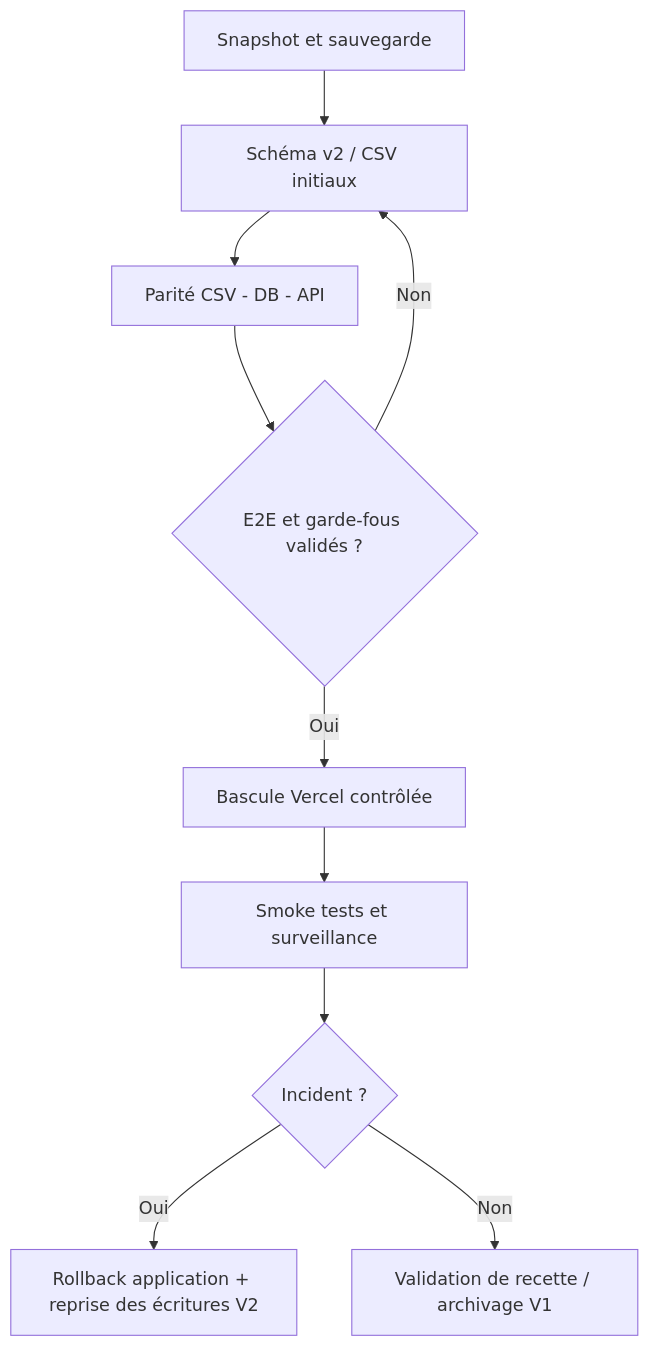
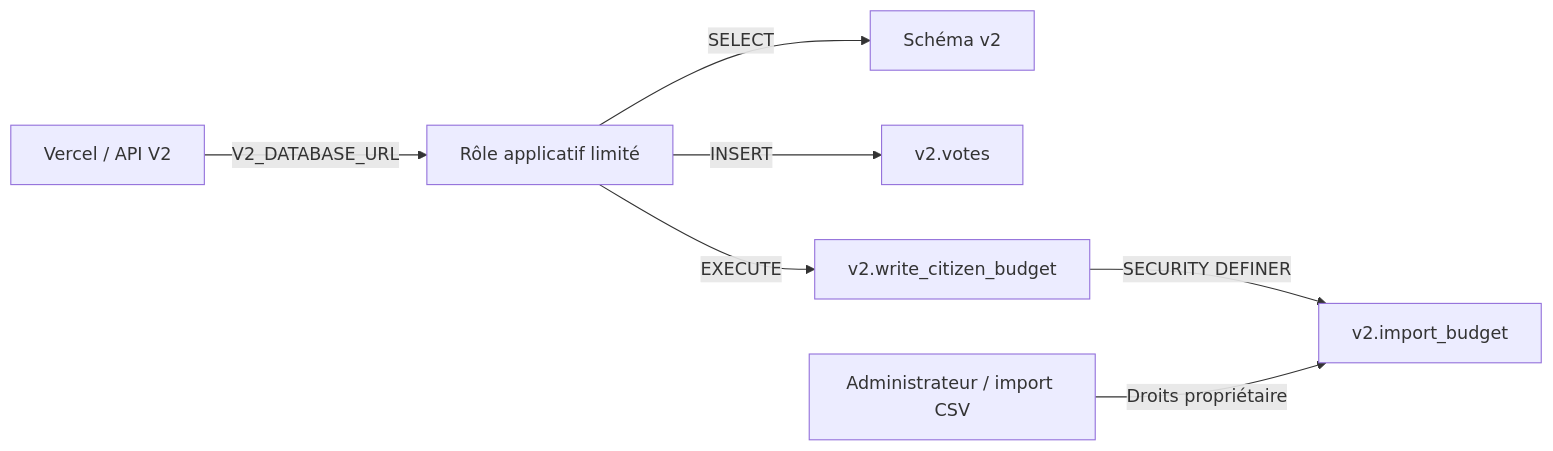
The first of 2 diagrams in docs/v2/exploitation.md (dsissoko/france-budget), drawn with Mermaid before and after one commit. The commit also changed other lines of this file and 44 other files, not shown here.

````diff
--- a/docs/v2/exploitation.md
+++ b/docs/v2/exploitation.md
@@ -35,12 +56,9 @@
 ```mermaid
-flowchart TD
-    A["Snapshot et sauvegarde"] --> B["Schéma v2 / CSV initiaux"]
-    B --> C["Parité CSV - DB - API"]
-    C --> D{"E2E et garde-fous validés ?"}
-    D -->|Non| B
-    D -->|Oui| E["Bascule Vercel contrôlée"]
-    E --> F["Smoke tests et surveillance"]
-    F --> G{"Incident ?"}
-    G -->|Oui| H["Rollback application + reprise des écritures V2"]
-    G -->|Non| I["Validation de recette / archivage V1"]
+flowchart LR
+    A["Vercel / API V2"] -->|V2_DATABASE_URL| B["Rôle applicatif limité"]
+    B -->|SELECT| C["Schéma v2"]
+    B -->|INSERT| D["v2.votes"]
+    B -->|EXECUTE| E["v2.write_citizen_budget"]
+    E -->|SECURITY DEFINER| F["v2.import_budget"]
+    G["Administrateur / import CSV"] -->|Droits propriétaire| F
 ```
````
